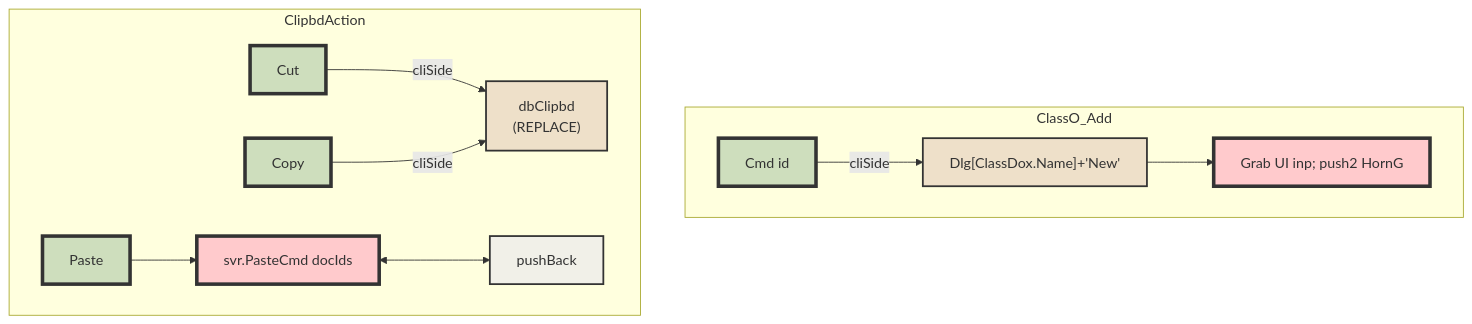
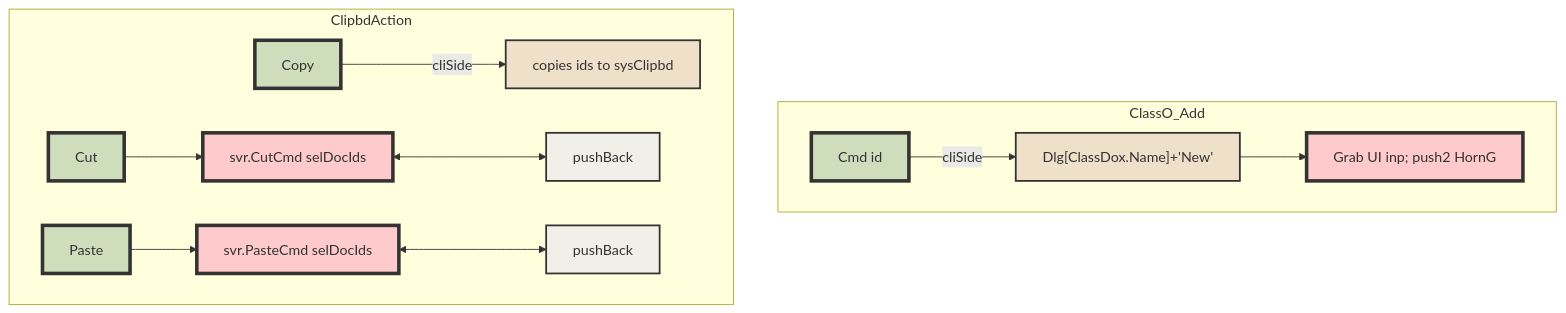
One commit to TrivediEnterprisesInc/TrivediEnterprisesInc.github.io changed the seventh of 7 diagrams in Notes.md. Above: the diagram before and after it, drawn with Mermaid. The commit also changed other lines of this file, not shown here.

````diff
--- a/Notes.md
+++ b/Notes.md
@@ -405,29 +463,28 @@
 ```mermaid
 graph TB
     classDef yello fill:#F8FF95,stroke:#333,stroke-width:4px
     classDef red  fill:#FFCACC,stroke:#333,stroke-width:4px
     classDef ltBrn fill:#EEE0C9,stroke:#333,stroke-width:2px
     classDef offWhite fill:#F1F0E8,stroke:#333,stroke-width:2px
      classDef drkBlue fill:#96B6C5,stroke:#333,stroke-width:2px
      classDef ltBlue fill:#ADC4CE,stroke:#333,stroke-width:2px
     classDef green  fill:#CEDEBD,stroke:#333,stroke-width:4px
     subgraph ClassO_Add
     coa1[Cmd id]-->|cliSide|coa2["Dlg[ClassDox.Name]+'New'"]
     coa2 --> coa3["Grab UI inp; push2 HornG"]
     class coa3 red
     class coa2 ltBrn
     class coa1 green
     end
     subgraph ClipbdAction
-    ca1[Cut]
-    ca1-->|cliSide|ca2i
-    ca2[Copy]-->|cliSide|ca2i["dbClipbd<br>(REPLACE)"]
-    cap1[Paste]-->cap2[svr.PasteCmd docIds]<-->cap3[pushBack]
+    ca2[Copy]-->|cliSide|ca2i["copies ids to sysClipbd"]
+    caCut1[Cut]-->caCut2[svr.CutCmd selDocIds]<-->caCut3[pushBack]
+    cap1[Paste]-->cap2[svr.PasteCmd selDocIds]<-->cap3[pushBack]
     class gs3 offWhite
     class ca1doc,ca1dz drkBlue
     class gs2,ca2i ltBrn
-    class cap2 red
-    class cap3 offWhite
-    class ca1,ca2,cap1,gs1 green
+    class cap2,caCut2 red
+    class cap3,caCut3 offWhite
+    class caCut1,ca2,cap1,gs1 green
     end
 ```
````
